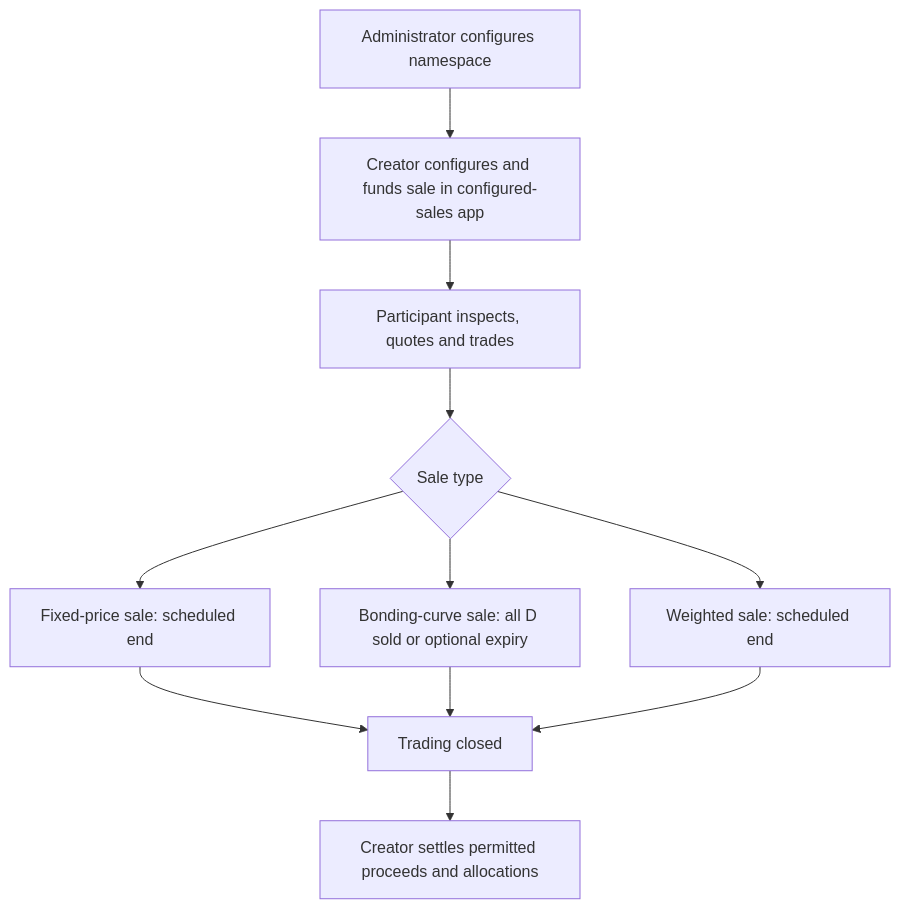
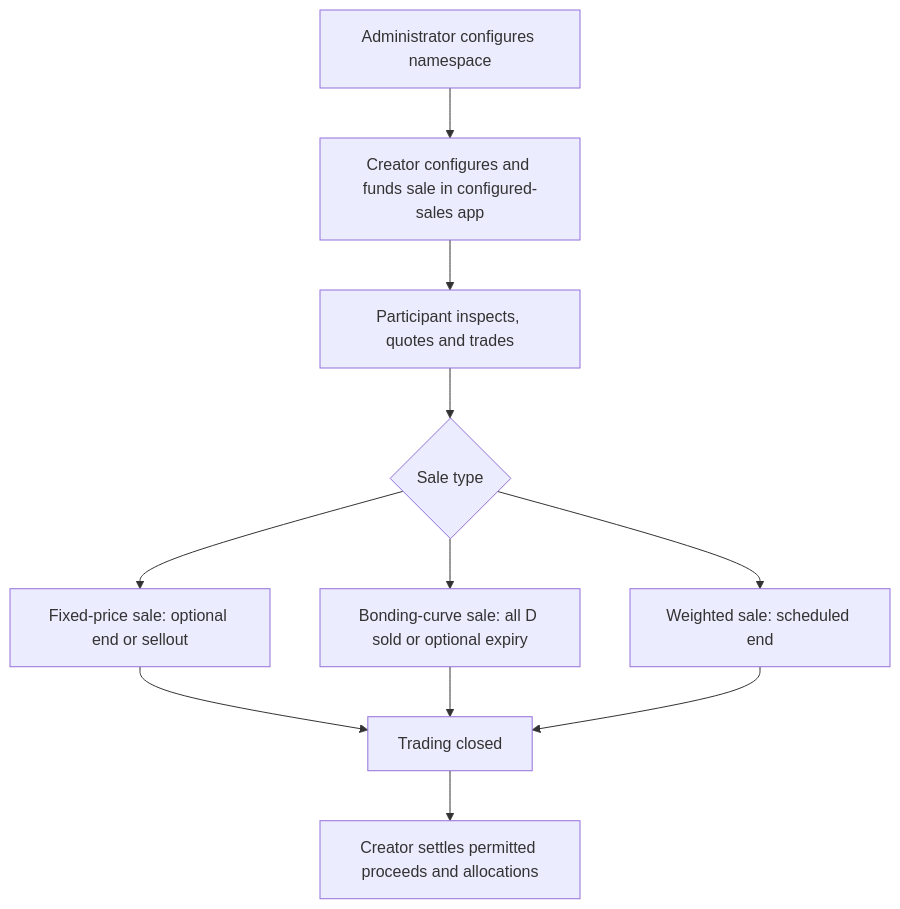
One commit to bleu/logos-launchpad changed the diagram in docs/product/prd.md. Above: the diagram before and after it, drawn with Mermaid. The commit also changed other lines of this file and 16 other files, not shown here.

````diff
--- a/docs/product/prd.md
+++ b/docs/product/prd.md
@@ -34,13 +34,13 @@
 ```mermaid
 flowchart TB
     Namespace[Administrator configures namespace] --> Create[Creator configures and funds sale in configured-sales app]
     Create --> Trade[Participant inspects, quotes and trades]
     Trade --> SaleType{Sale type}
-    SaleType --> FixedPrice[Fixed-price sale: scheduled end]
+    SaleType --> FixedPrice[Fixed-price sale: optional end or sellout]
     SaleType --> Curve[Bonding-curve sale: all D sold or optional expiry]
     SaleType --> Weighted[Weighted sale: scheduled end]
     FixedPrice --> Closed[Trading closed]
     Curve --> Closed
     Weighted --> Closed
     Closed --> Settle[Creator settles permitted proceeds and allocations]
 ```
````
